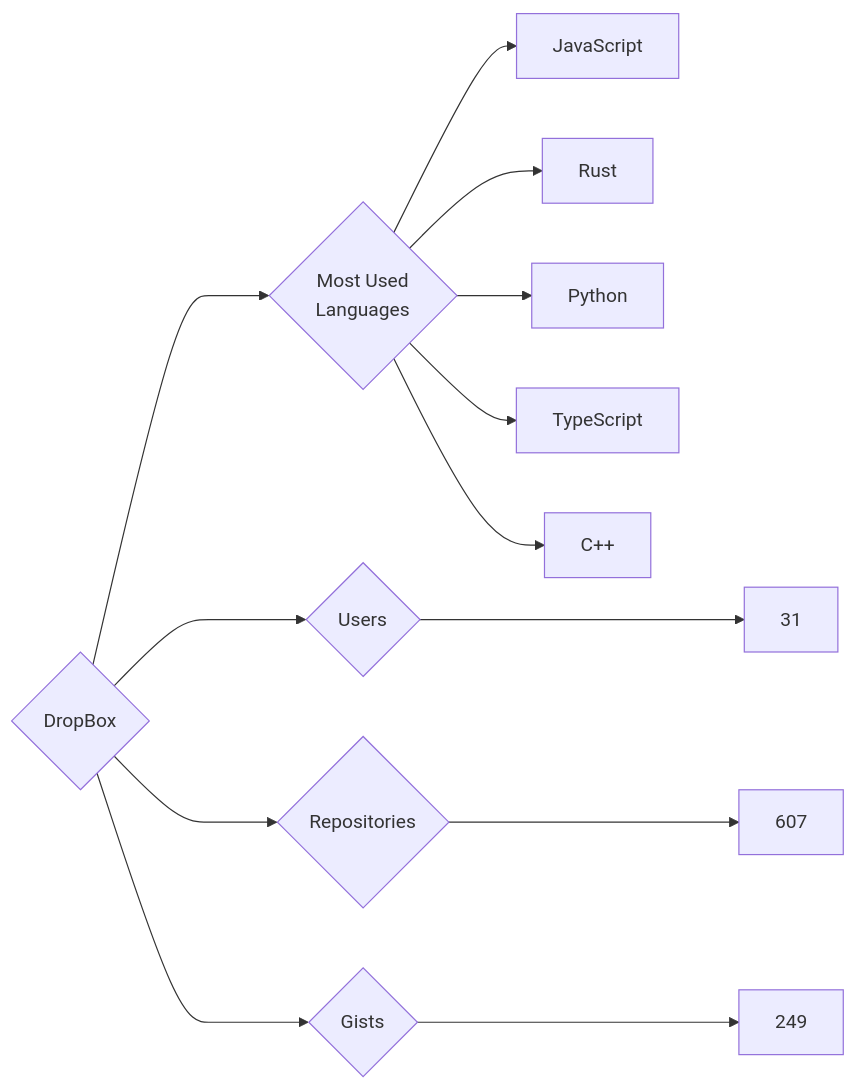
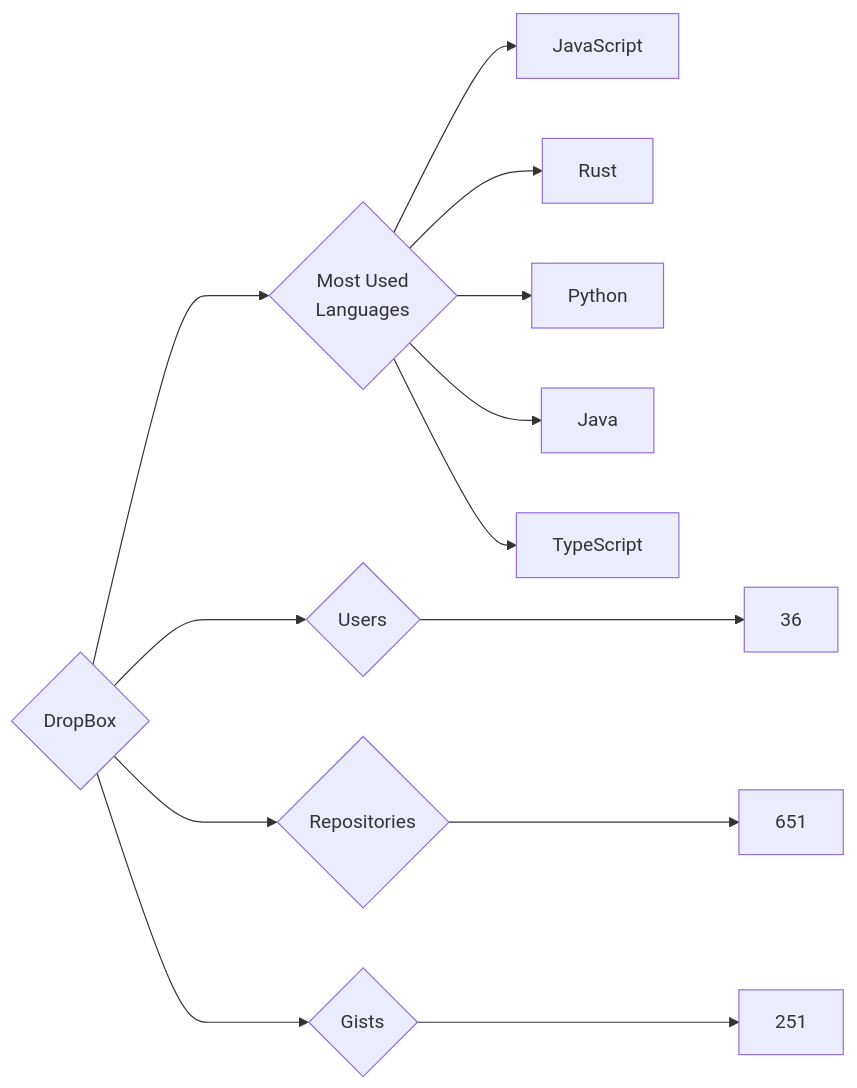
Before and after one commit to trickest/insiders: the diagram in targets/DropBox/README.md, drawn with Mermaid. The commit also changed 745 other files, not shown here.

````diff
--- a/targets/DropBox/README.md
+++ b/targets/DropBox/README.md
@@ -3,13 +3,13 @@
 ```mermaid
 graph LR
 COMPANY_NAME{DropBox}
-COMPANY_NAME ---> U{Users} ---> UN[31]
-COMPANY_NAME ---> R{Repositories} ---> RN[607]
-COMPANY_NAME ---> G{Gists} ---> GN[249]
+COMPANY_NAME ---> U{Users} ---> UN[36]
+COMPANY_NAME ---> R{Repositories} ---> RN[651]
+COMPANY_NAME ---> G{Gists} ---> GN[251]
 COMPANY_NAME ---> ML{Most Used<br>Languages}
 ML --> JavaScript[JavaScript]
 ML --> Rust[Rust]
 ML --> Python[Python]
+ML --> Java[Java]
 ML --> TypeScript[TypeScript]
-ML --> C++[C++]
 ```
````
